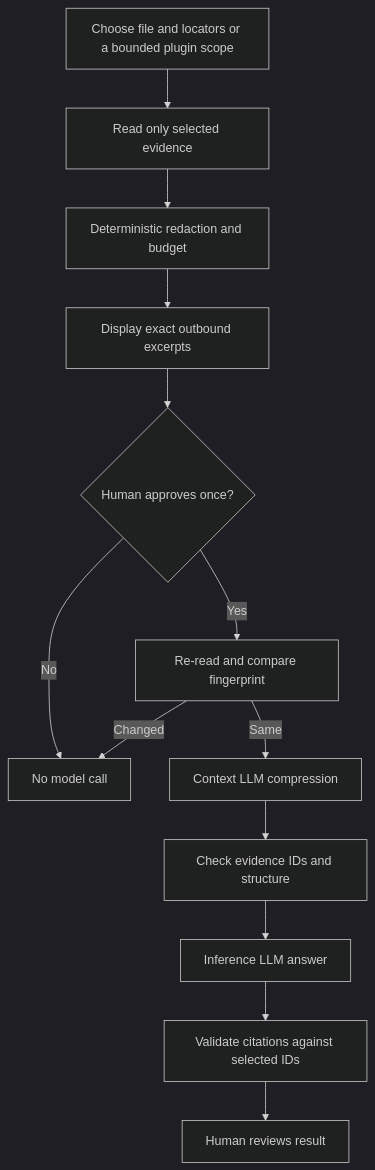
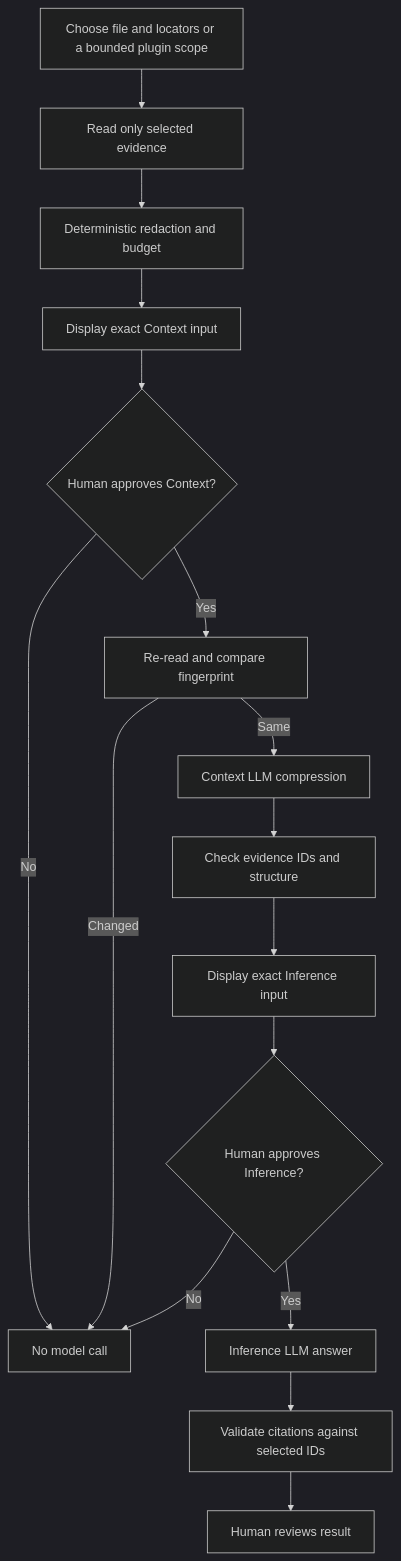
One commit to O-u-i/FRAG-harness changed the second of 3 diagrams in README.md. Above: the diagram before and after it, drawn with Mermaid (dark theme). The commit also changed other lines of this file and 25 other files, not shown here.

````diff
--- a/README.md
+++ b/README.md
@@ -25,15 +27,18 @@
 ```mermaid
 flowchart TD
     Select[Choose file and locators or a bounded plugin scope] --> Retrieve[Read only selected evidence]
     Retrieve --> Redact[Deterministic redaction and budget]
-    Redact --> Show[Display exact outbound excerpts]
-    Show --> Decision{Human approves once?}
+    Redact --> Show[Display exact Context input]
+    Show --> Decision{Human approves Context?}
     Decision -- No --> Stop[No model call]
     Decision -- Yes --> Recheck[Re-read and compare fingerprint]
     Recheck -- Changed --> Stop
     Recheck -- Same --> Compress[Context LLM compression]
     Compress --> Check[Check evidence IDs and structure]
-    Check --> Answer[Inference LLM answer]
+    Check --> InferPreview[Display exact Inference input]
+    InferPreview --> InferDecision{Human approves Inference?}
+    InferDecision -- No --> Stop
+    InferDecision -- Yes --> Answer[Inference LLM answer]
     Answer --> Cite[Validate citations against selected IDs]
     Cite --> Human[Human reviews result]
 ```
````
